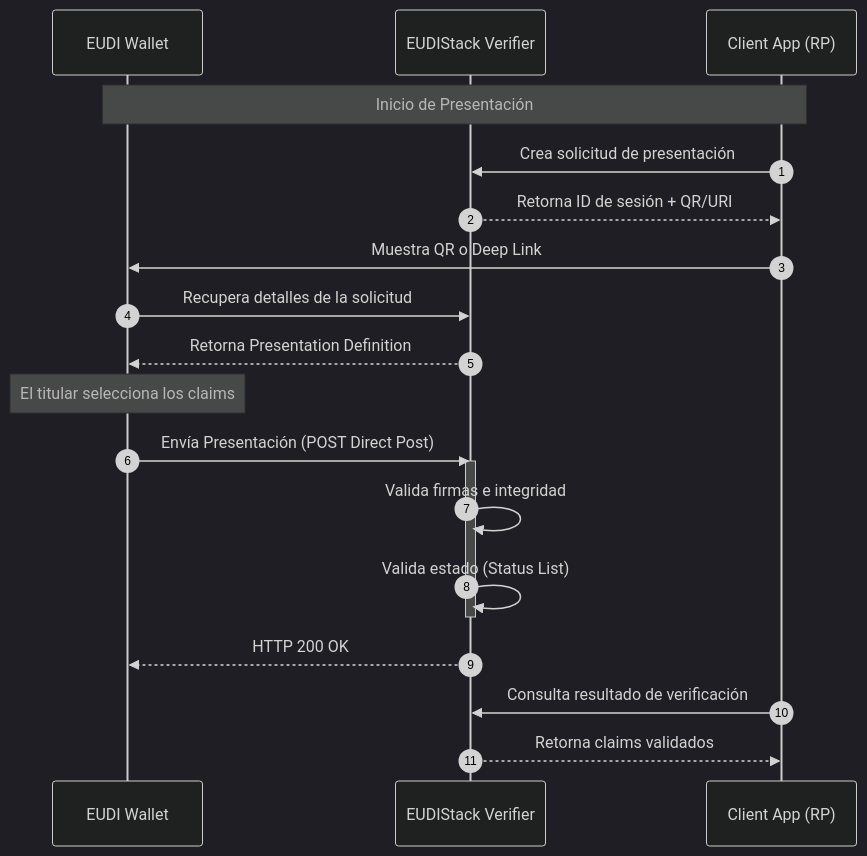
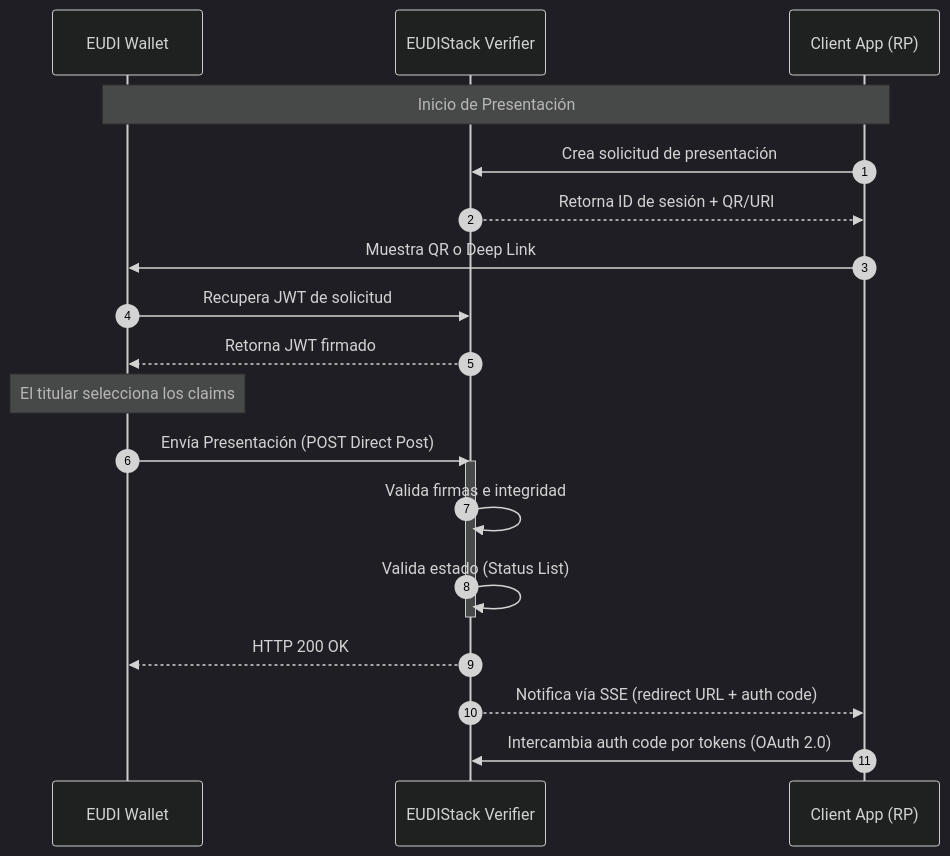
Before and after one commit to in2workspace/eudistack-docs: the diagram in docs/developers/concepts/oid4vp.md, drawn with Mermaid (dark theme). The commit also changed other lines of this file, not shown here.

Commit message:
docs: correct credential formats and update presentation flow in OID4VP documentation

````diff
--- a/docs/developers/concepts/oid4vp.md
+++ b/docs/developers/concepts/oid4vp.md
@@ -22,25 +22,25 @@
 ```mermaid
 sequenceDiagram
     autonumber
     participant W as EUDI Wallet
     participant V as EUDIStack Verifier
     participant C as Client App (RP)
 
     Note over W, C: Inicio de Presentación
     C->>V: Crea solicitud de presentación
     V-->>C: Retorna ID de sesión + QR/URI
-    C->>W: Muestra QR o Deep Link
-    W->>V: Recupera detalles de la solicitud
-    V-->>W: Retorna Presentation Definition
+    C->>W: Muestra QR o Deep Link⠀⠀⠀⠀⠀⠀⠀⠀
+    W->>V: Recupera JWT de solicitud
+    V-->>W: Retorna JWT firmado
     Note over W: El titular selecciona los claims
     W->>V: Envía Presentación (POST Direct Post)
 
     activate V
     V->>V: Valida firmas e integridad
     V->>V: Valida estado (Status List)
     deactivate V
 
     V-->>W: HTTP 200 OK
-    C->>V: Consulta resultado de verificación
-    V-->>C: Retorna claims validados
+    V-->>C: Notifica vía SSE (redirect URL + auth code)
+    C->>V: Intercambia auth code por tokens (OAuth 2.0)
 ```
````
